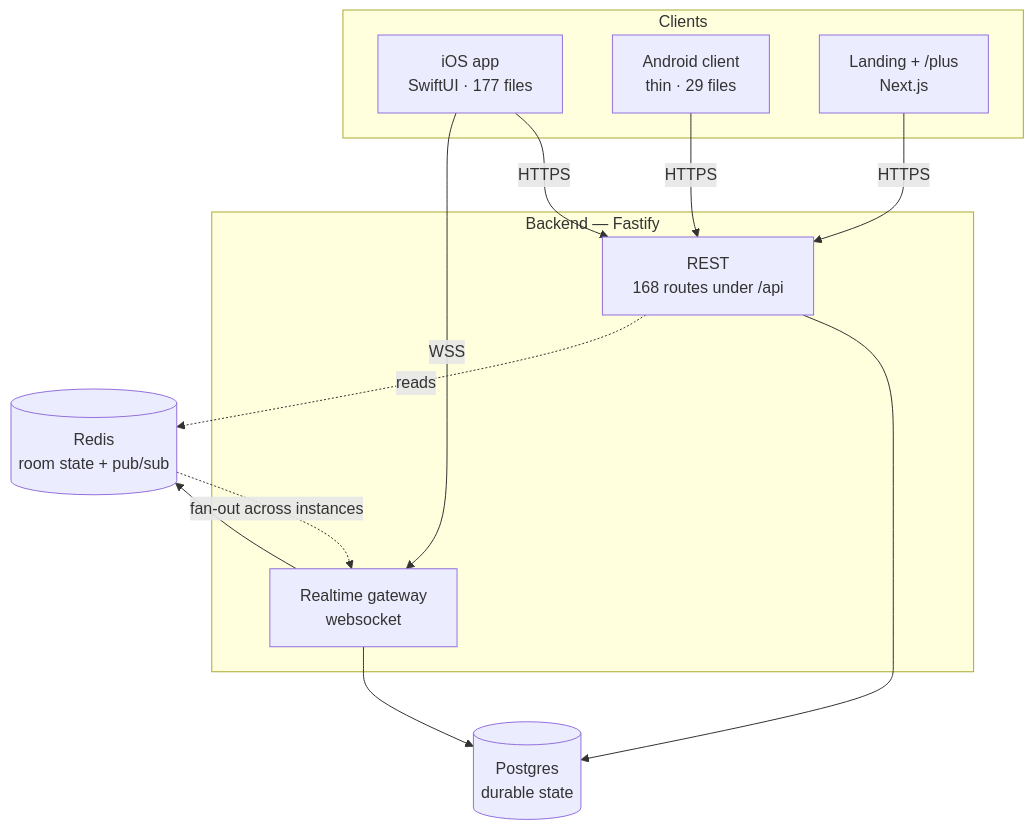
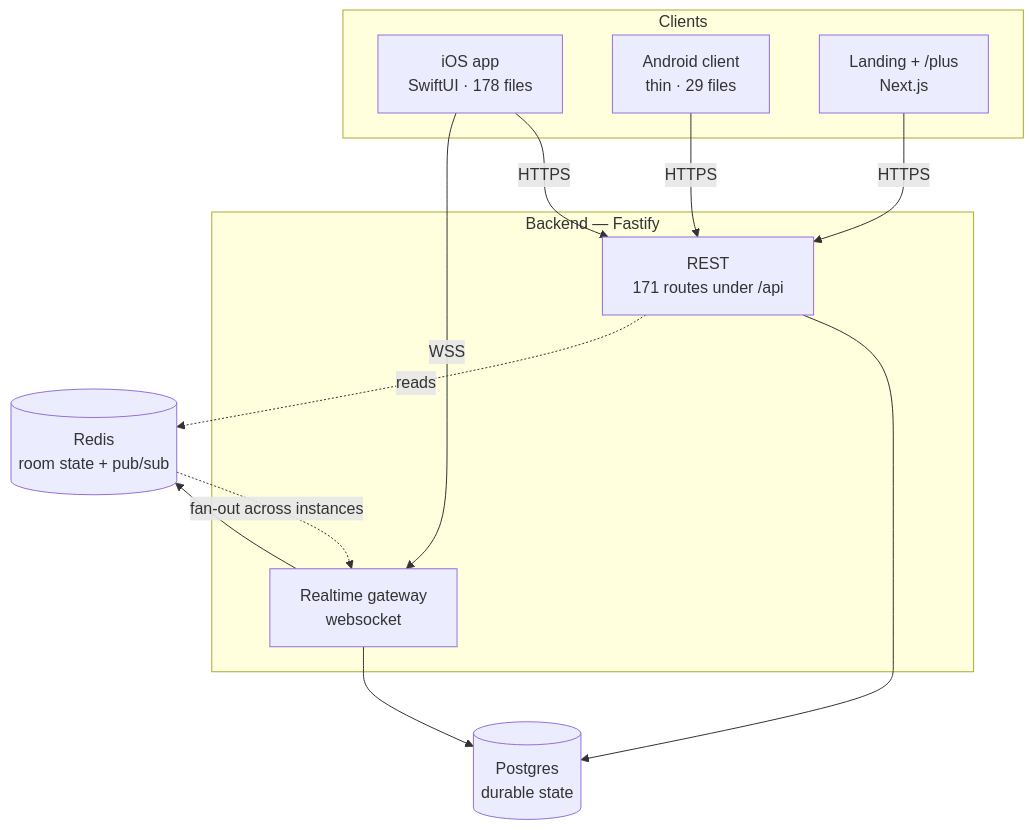
The diagram in docs/architecture/README.md (PubgmHacker/plink), drawn with Mermaid before and after one commit. The commit also changed other lines of this file and 7 other files, not shown here.

````diff
--- a/docs/architecture/README.md
+++ b/docs/architecture/README.md
@@ -19,27 +19,27 @@
 ```mermaid
 flowchart TB
     subgraph clients["Clients"]
-        iOS["iOS app<br/>SwiftUI · 177 files"]
+        iOS["iOS app<br/>SwiftUI · 178 files"]
         AND["Android client<br/>thin · 29 files"]
         WEB["Landing + /plus<br/>Next.js"]
     end
 
     subgraph backend["Backend — Fastify"]
-        REST["REST<br/>168 routes under /api"]
+        REST["REST<br/>171 routes under /api"]
         GW["Realtime gateway<br/>websocket"]
     end
 
     PG[("Postgres<br/>durable state")]
     RD[("Redis<br/>room state + pub/sub")]
 
     iOS -->|HTTPS| REST
     iOS -->|WSS| GW
     AND -->|HTTPS| REST
     WEB -->|HTTPS| REST
 
     REST --> PG
     GW --> RD
     GW --> PG
     REST -.->|reads| RD
     RD -.->|fan-out across instances| GW
 ```
````
